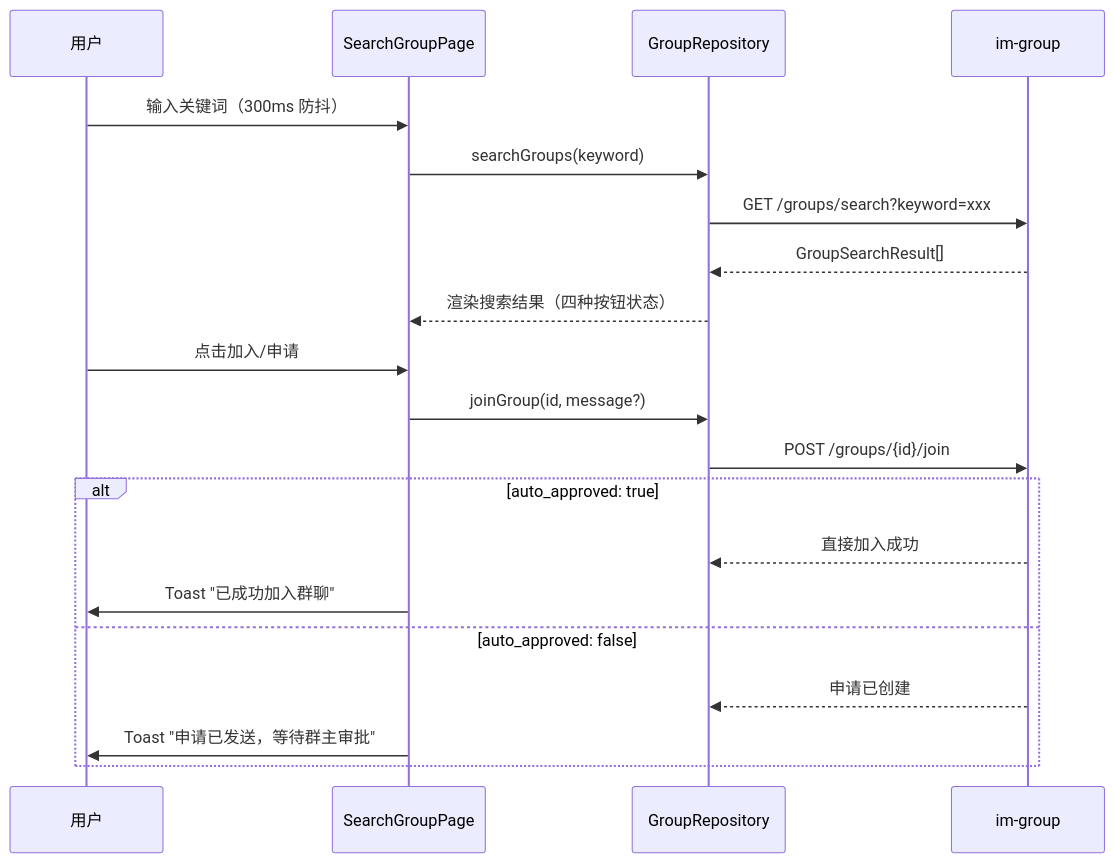
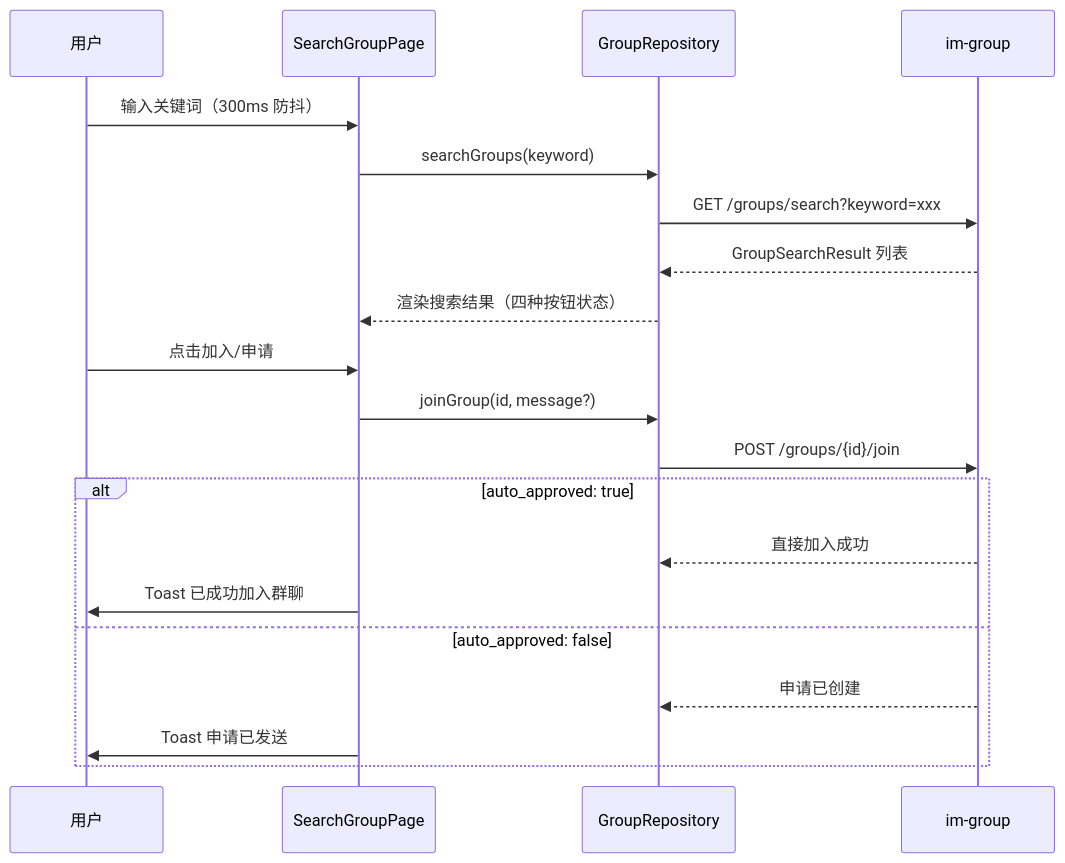
Before and after one commit to toly1994328/flash_im_by_ai: the third of 6 diagrams in docs/features/archiver/modules/group/client.md, drawn with Mermaid. The commit also changed other lines of this file and 33 other files, not shown here.

````diff
--- a/docs/features/archiver/modules/group/client.md
+++ b/docs/features/archiver/modules/group/client.md
@@ -101,24 +123,24 @@
 ```mermaid
 sequenceDiagram
     participant U as 用户
     participant SGP as SearchGroupPage
     participant GR as GroupRepository
     participant API as im-group
 
     U->>SGP: 输入关键词（300ms 防抖）
     SGP->>GR: searchGroups(keyword)
     GR->>API: GET /groups/search?keyword=xxx
-    API-->>GR: GroupSearchResult[]
+    API-->>GR: GroupSearchResult 列表
     GR-->>SGP: 渲染搜索结果（四种按钮状态）
 
     U->>SGP: 点击加入/申请
     SGP->>GR: joinGroup(id, message?)
     GR->>API: POST /groups/{id}/join
     alt auto_approved: true
         API-->>GR: 直接加入成功
-        SGP->>U: Toast "已成功加入群聊"
+        SGP->>U: Toast 已成功加入群聊
     else auto_approved: false
         API-->>GR: 申请已创建
-        SGP->>U: Toast "申请已发送，等待群主审批"
+        SGP->>U: Toast 申请已发送
     end
 ```
````
